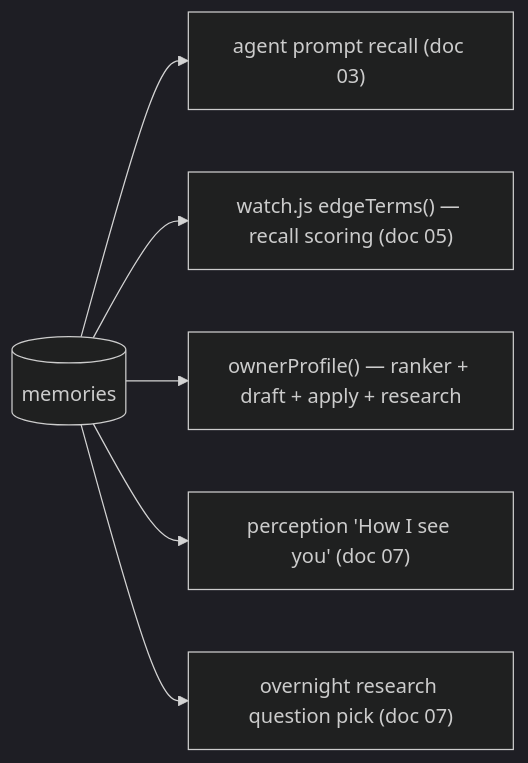
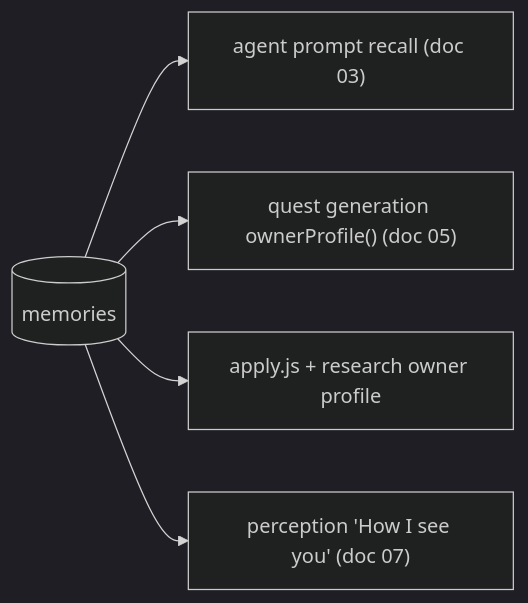
Before and after one commit to saquibjawedbit/grabber: the sixth of 6 diagrams in docs/04-memory.md, drawn with Mermaid (dark theme). The commit also changed other lines of this file and 25 other files, not shown here.

````diff
--- a/docs/04-memory.md
+++ b/docs/04-memory.md
@@ -157,8 +157,7 @@
 ```mermaid
 flowchart LR
   mem[("memories")] --> recall["agent prompt recall (doc 03)"]
-  mem --> edge["watch.js edgeTerms() — recall scoring (doc 05)"]
-  mem --> prof["ownerProfile() — ranker + draft + apply + research"]
+  mem --> gen["quest generation ownerProfile() (doc 05)"]
+  mem --> prof["apply.js + research owner profile"]
   mem --> perc["perception 'How I see you' (doc 07)"]
-  mem --> over["overnight research question pick (doc 07)"]
 ```
````
